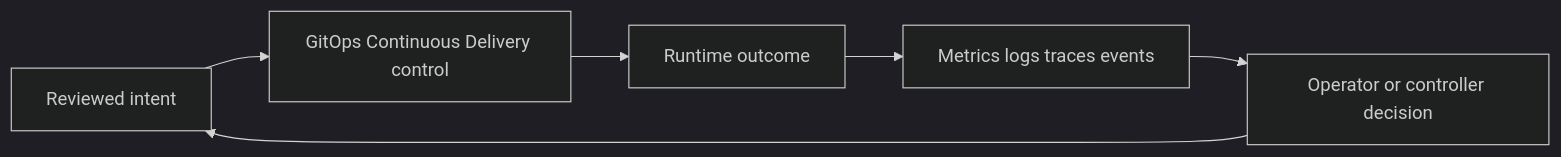
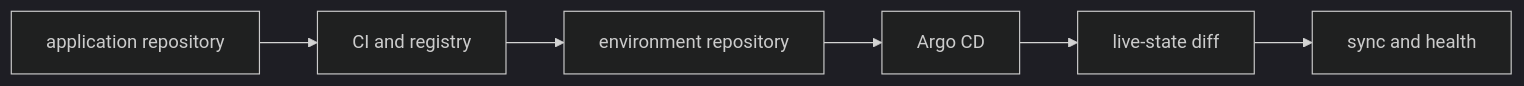
One commit to m1mohamad/devops-sre-prep changed the diagram in docs/study/cicd/05-gitops-continuous-delivery.md. Above: the diagram before and after it, drawn with Mermaid (dark theme). The commit also changed other lines of this file and 61 other files, not shown here.

Commit message:
Replace generic architecture and study templates

````diff
--- a/docs/study/cicd/05-gitops-continuous-delivery.md
+++ b/docs/study/cicd/05-gitops-continuous-delivery.md
@@ -20,8 +15,4 @@
 ```mermaid
 flowchart LR
-  Intent[Reviewed intent] --> Control[GitOps Continuous Delivery control]
-  Control --> Runtime[Runtime outcome]
-  Runtime --> Signals[Metrics logs traces events]
-  Signals --> Decision[Operator or controller decision]
-  Decision --> Intent
+  N0[application repository] --> N1[CI and registry] --> N2[environment repository] --> N3[Argo CD] --> N4[live-state diff] --> N5[sync and health]
 ```
````
